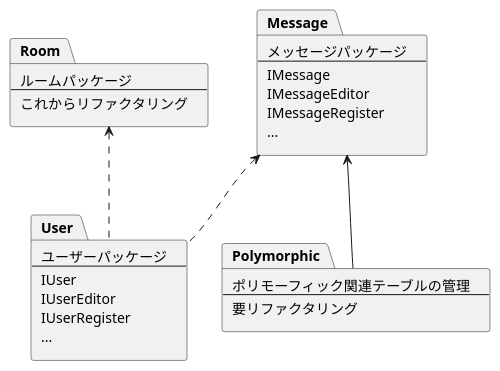
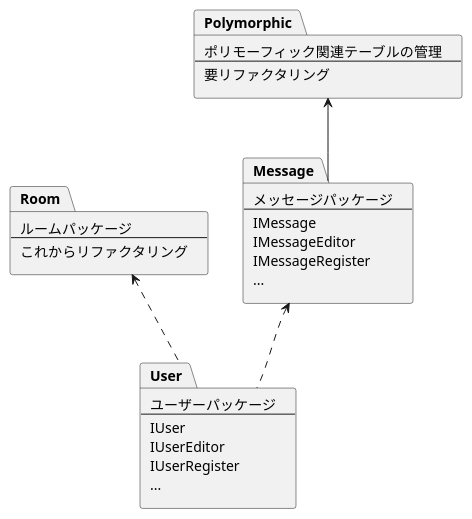
One commit to TOnodera/chatterman changed the diagram in documents/plantUML/クラス図/クラス図-サーバー-.wsd. Above: the diagram before and after it, drawn with PlantUML. The commit also changed 1 other file, not shown here.

```diff
--- a/documents/plantUML/クラス図/クラス図-サーバー-.wsd
+++ b/documents/plantUML/クラス図/クラス図-サーバー-.wsd
@@ -1,36 +1,36 @@
 @startuml
 package Message[
     メッセージパッケージ
     --
     IMessage
     IMessageEditor
     IMessageRegister
     ...
 ]
 package Room[
     ルームパッケージ
     --
     これからリファクタリング
 ]
 package User[
     ユーザーパッケージ
     --
     IUser
     IUserEditor
     IUserRegister
     ...
 ]
 package Polymorphic[
     ポリモーフィック関連テーブルの管理
     --
     要リファクタリング
 ]
 
 
 Message <.. User
 Room <.. User
-Message <-- Polymorphic
+Polymorphic <-- Message
 
 
 
 @enduml
```
